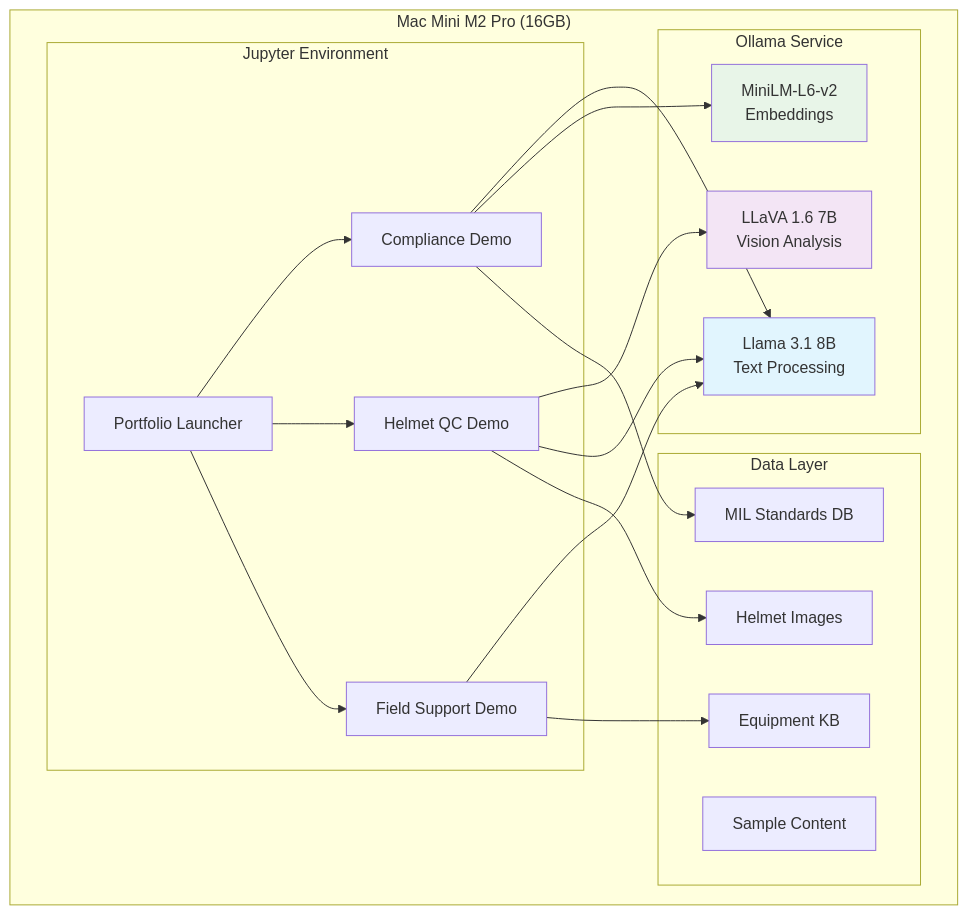
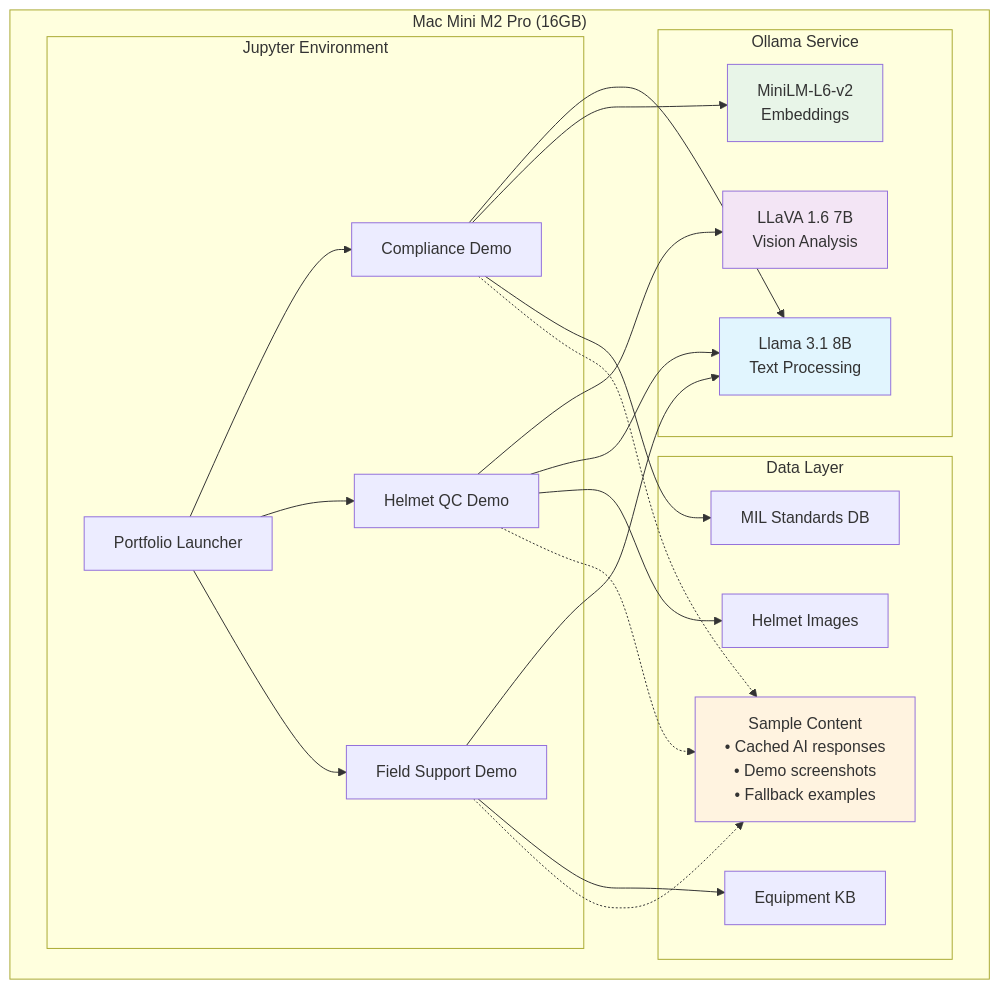
Before and after one commit to michaeloboyle/ai-demos: the first of 6 diagrams in docs/gentex-ai-demo-specification.md, drawn with Mermaid.

Commit message:
Fix sample content connections in architecture diagram
- Add dotted fallback connections from all demos to Sample Content
- Clarify Sample Content role as cached responses and demo reliability
- Ensure 100% demo reliability with fallback examples
- Visual distinction between primary flows (solid) and fallback flows (dotted)

🤖 Generated with [Claude Code](https://claude.ai/code)

````diff
--- a/docs/gentex-ai-demo-specification.md
+++ b/docs/gentex-ai-demo-specification.md
@@ -52,43 +52,49 @@
 ```mermaid
-graph TB
+graph TD
     subgraph "Mac Mini M2 Pro (16GB)"
         subgraph "Jupyter Environment"
             PL[Portfolio Launcher]
             CD[Compliance Demo]
             HQ[Helmet QC Demo]
             FS[Field Support Demo]
         end
 
         subgraph "Ollama Service"
             LLM[Llama 3.1 8B<br/>Text Processing]
             VLM[LLaVA 1.6 7B<br/>Vision Analysis]
             EMB[MiniLM-L6-v2<br/>Embeddings]
         end
 
         subgraph "Data Layer"
             MS[MIL Standards DB]
             EK[Equipment KB]
             HI[Helmet Images]
-            SC[Sample Content]
+            SC[Sample Content<br/>• Cached AI responses<br/>• Demo screenshots<br/>• Fallback examples]
         end
     end
 
     PL --> CD
     PL --> HQ
     PL --> FS
 
     CD --> LLM
     CD --> EMB
     CD --> MS
 
     HQ --> VLM
     HQ --> LLM
     HQ --> HI
 
     FS --> LLM
     FS --> EK
 
+    %% Fallback connections for offline/cached content
+    CD -.-> SC
+    HQ -.-> SC
+    FS -.-> SC
+
     style LLM fill:#e1f5fe
     style VLM fill:#f3e5f5
     style EMB fill:#e8f5e8
+    style SC fill:#fff3e0
 ```
````
